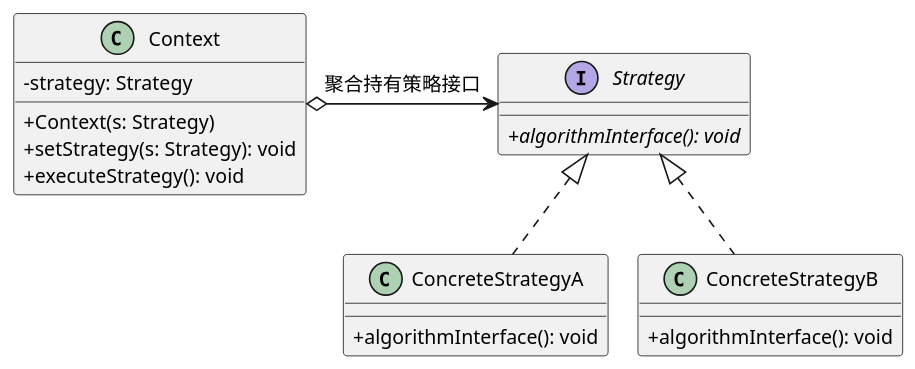
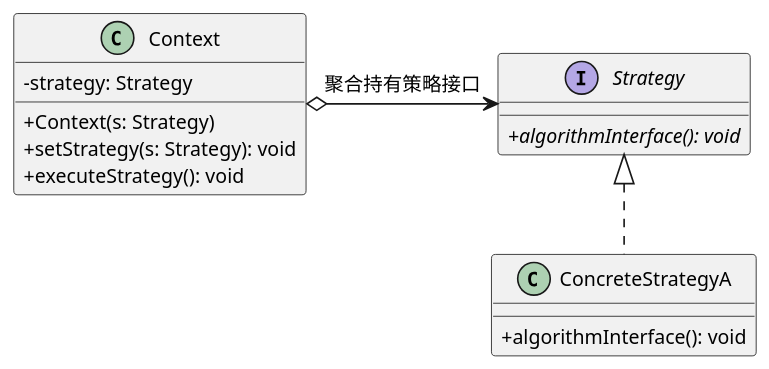
Before and after one commit to cpsa3/software-designer-fast-pass: diagram 12 of 20 in 02-visual-diagrams/03-设计模式核心图谱与真题命题密码.md, drawn with PlantUML. The commit also changed other lines of this file, not shown here.

````diff
--- a/02-visual-diagrams/03-设计模式核心图谱与真题命题密码.md
+++ b/02-visual-diagrams/03-设计模式核心图谱与真题命题密码.md
@@ -927,29 +567,25 @@
 ```plantuml
 @startuml
 !pragma layout smetana
 skinparam dpi 125
 skinparam defaultFontSize 12
 skinparam classAttributeIconSize 0
 
 class Context {
     - strategy: Strategy
     + Context(s: Strategy)
     + setStrategy(s: Strategy): void
     + executeStrategy(): void
 }
 
 interface Strategy {
     + {abstract} algorithmInterface(): void
 }
 
 class ConcreteStrategyA implements Strategy {
     + algorithmInterface(): void
 }
 
-class ConcreteStrategyB implements Strategy {
-    + algorithmInterface(): void
-}
-
 Context o-> Strategy : 聚合持有策略接口
 @enduml
 ```
````
